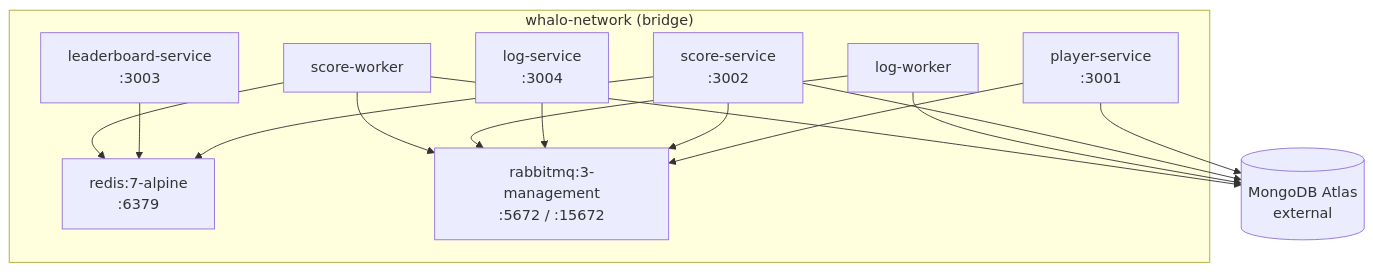
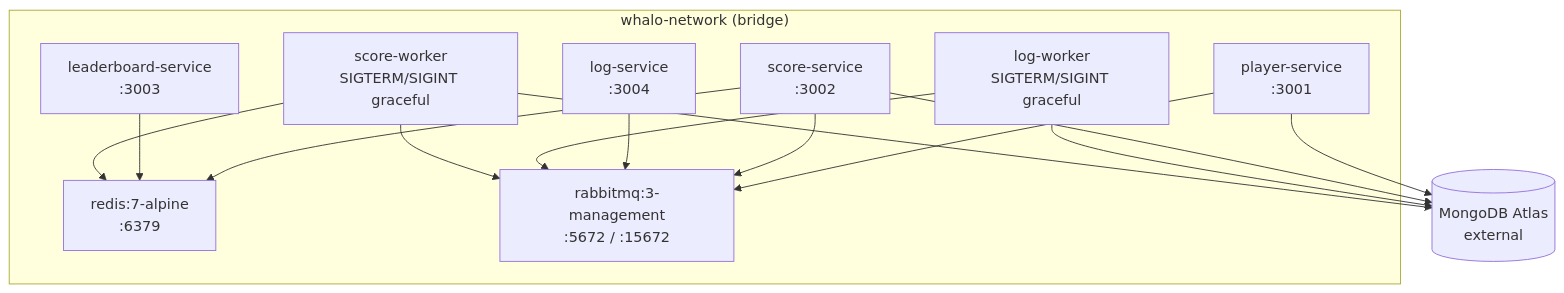
Before and after one commit to AmitOfir4/Whalo-Backend-Exam: the tenth of 10 diagrams in docs/architecture.md, drawn with Mermaid. The commit also changed other lines of this file and 13 other files, not shown here.

````diff
--- a/docs/architecture.md
+++ b/docs/architecture.md
@@ -251,28 +325,28 @@
 ```mermaid
 graph TB
     subgraph DockerNetwork["whalo-network (bridge)"]
         REDIS[redis:7-alpine<br/>:6379]
         RMQ[rabbitmq:3-management<br/>:5672 / :15672]
         PS[player-service<br/>:3001]
         SS[score-service<br/>:3002]
         LS[leaderboard-service<br/>:3003]
         LGS[log-service<br/>:3004]
-        LW[log-worker]
-        SW[score-worker]
+        LW[log-worker<br/>SIGTERM/SIGINT graceful]
+        SW[score-worker<br/>SIGTERM/SIGINT graceful]
     end
 
     ATLAS[(MongoDB Atlas<br/>external)]
 
     PS --> ATLAS
     PS --> RMQ
     SS --> ATLAS
     SS --> REDIS
     SS --> RMQ
     LS --> REDIS
     LGS --> RMQ
     LW --> ATLAS
     LW --> RMQ
     SW --> ATLAS
     SW --> REDIS
     SW --> RMQ
 ```
````
